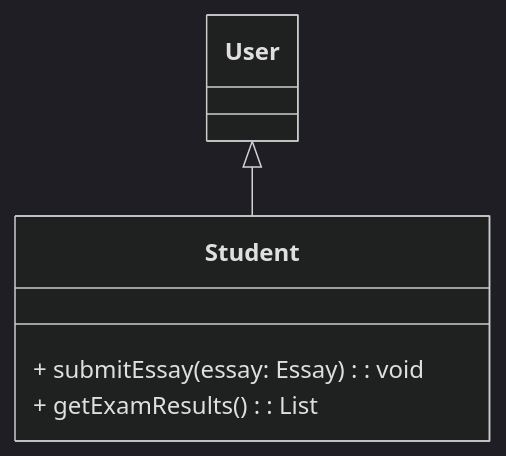
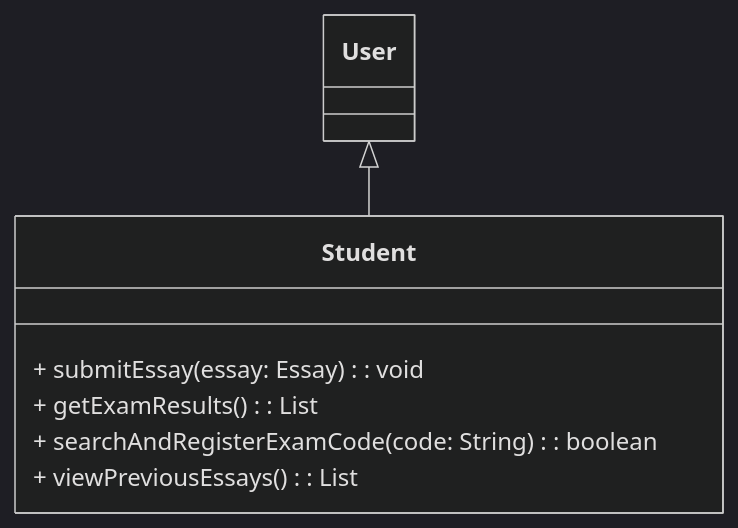
The tenth of 18 diagrams in 5. Software E/Project MVC.md (DoanNgocCuong/home), drawn with Mermaid (dark theme) before and after one commit. The commit also changed other lines of this file, not shown here.

````diff
--- a/5. Software E/Project MVC.md
+++ b/5. Software E/Project MVC.md
@@ -549,8 +550,10 @@
 ```mermaid
 classDiagram
     User <|-- Student
     class Student {
         + submitEssay(essay: Essay): void
         + getExamResults(): List<ExamResult>
+        + searchAndRegisterExamCode(code: String): boolean
+        + viewPreviousEssays(): List<Essay>
     }
 ```
````
